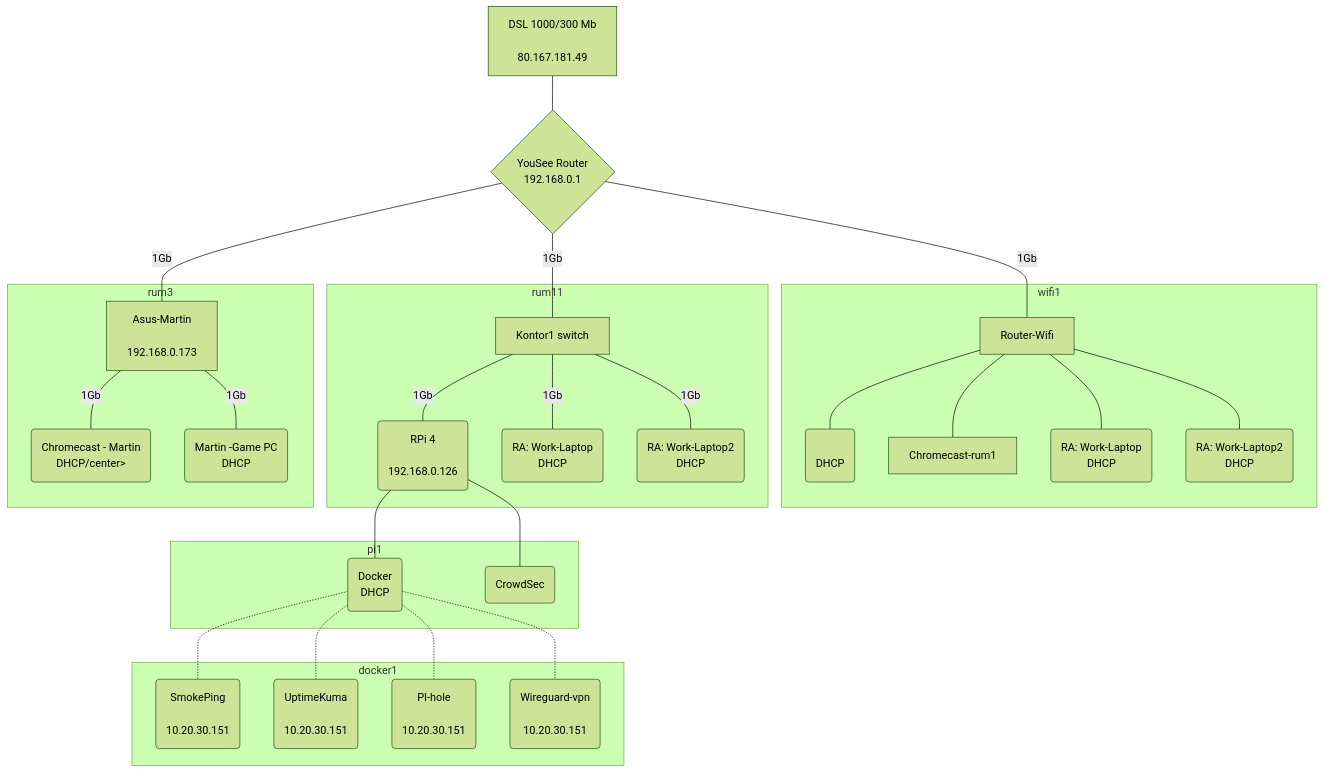
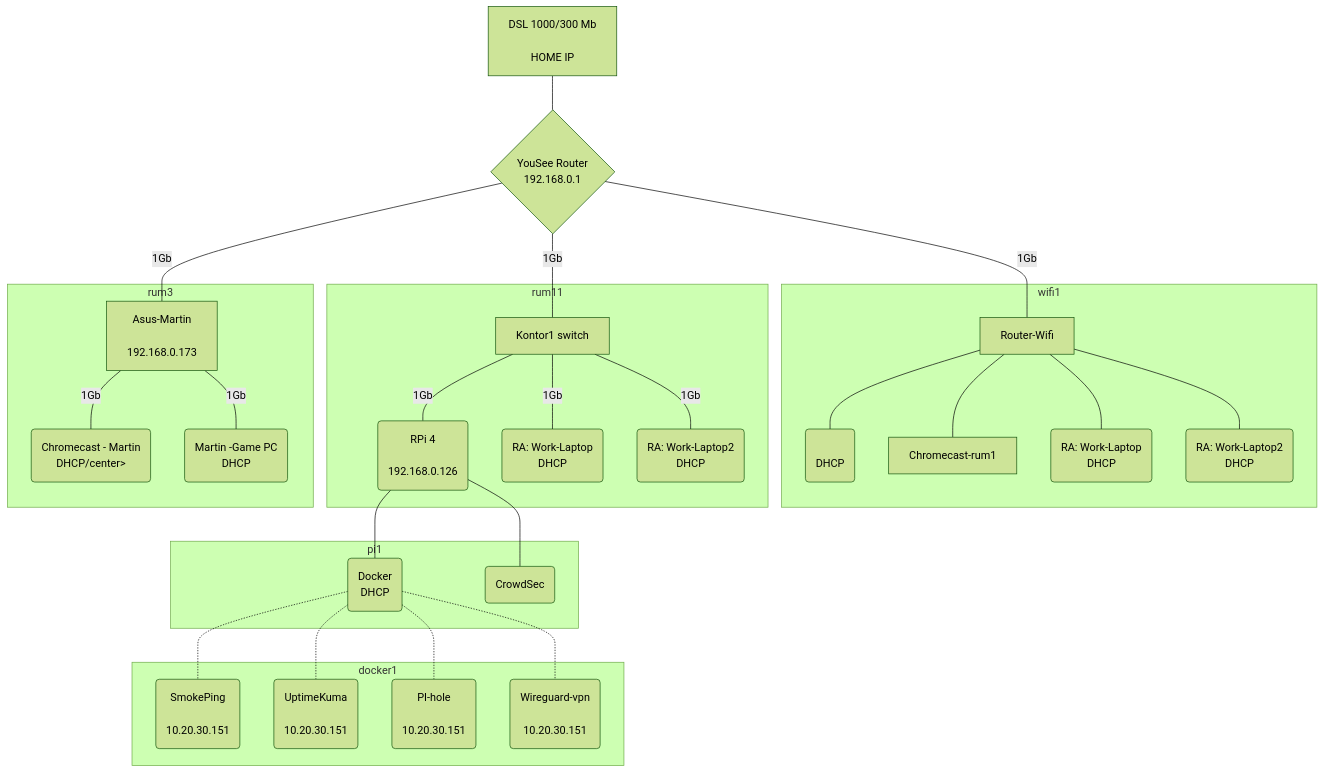
One commit to alf149/ansible changed the diagram in Docs/Index.md. Above: the diagram before and after it, drawn with Mermaid (forest theme).

````diff
--- a/Docs/Index.md
+++ b/Docs/Index.md
@@ -3,40 +3,40 @@
 ```mermaid
 graph TB
  linkStyle default interpolate basis
- wan1[<center>DSL 1000/300 Mb<br><br>80.167.181.49</center>]---router{<center>YouSee Router<br>192.168.0.1</center>}
+ wan1[<center>DSL 1000/300 Mb<br><br>HOME IP</center>]---router{<center>YouSee Router<br>192.168.0.1</center>}
  router---|1Gb|switch1[<center>Kontor1 switch</center>]
  router---|1Gb|switch2[<center>Asus-Martin<br><br>192.168.0.173</center>]
  router---|1Gb|acwifi1[<center>Router-Wifi</center>]
 
  subgraph wifi1
  acwifi1---Chromecast-rum0(<center><br>DHCP</center>)
  acwifi1---Chromecast-rum1
  acwifi1---ra-work(<center>RA: Work-Laptop<br>DHCP</center>)
  acwifi1---ra-work-lab(<center>RA: Work-Laptop2<br>DHCP</center>)
  end
 
 
  subgraph rum11
  switch1---|1Gb|pi(<center>RPi 4<br><br>192.168.0.126</center>)
  switch1---|1Gb|work(<center>RA: Work-Laptop<br>DHCP</center>)
  switch1---|1Gb|work-lab(<center>RA: Work-Laptop2<br>DHCP</center>)
  end
  
  subgraph rum3
  switch2---|1Gb|chromecast(<center>Chromecast - Martin<br>DHCP/center>)
  switch2---|1Gb|game-pc(<center>Martin -Game PC<br>DHCP</center>)
  end
 
  subgraph pi1
  pi---docker(<center>Docker<br>DHCP</center>)
  pi---crowdsec(<center>CrowdSec</center>)
  end
 
 subgraph docker1
  docker-.-smokeping(<center>SmokePing<br><br>10.20.30.151</center>)
  docker-.-uptimeKuma(<center>UptimeKuma<br><br>10.20.30.151</center>)
  docker-.-pihole(<center>PI-hole<br><br>10.20.30.151</center>)
  docker-.-wireguardvpn(<center>Wireguard-vpn<br><br>10.20.30.151</center>)
  
  end
  ```
````
